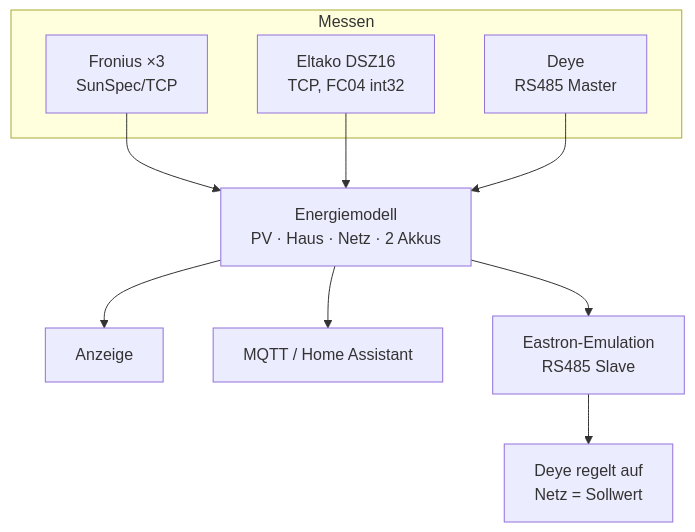
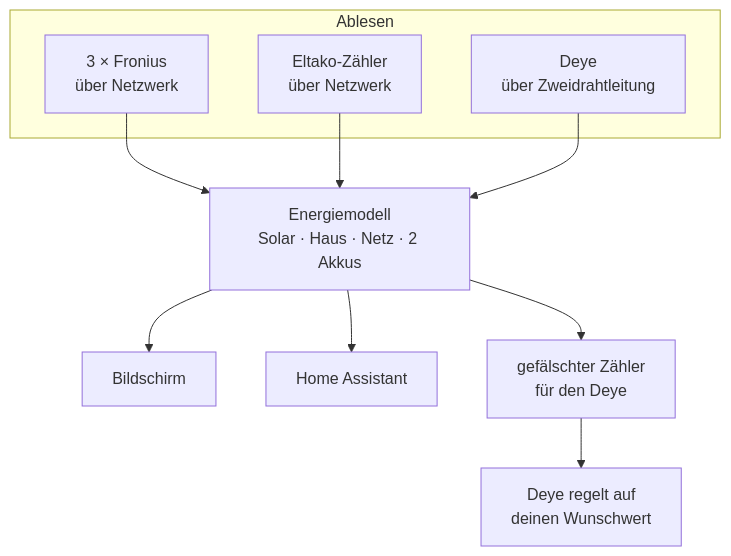
Before and after one commit to FMDHET/deye-inverter-display-esp32-p4: the diagram in wiki/Home.md, drawn with Mermaid. The commit also changed other lines of this file and 16 other files, not shown here.

````diff
--- a/wiki/Home.md
+++ b/wiki/Home.md
@@ -43,16 +79,16 @@
 ```mermaid
 flowchart TB
-    subgraph Messen
-        A["Fronius ×3<br/>SunSpec/TCP"]
-        B["Eltako DSZ16<br/>TCP, FC04 int32"]
-        C["Deye<br/>RS485 Master"]
+    subgraph Ablesen
+        A["3 × Fronius<br/>über Netzwerk"]
+        B["Eltako-Zähler<br/>über Netzwerk"]
+        C["Deye<br/>über Zweidrahtleitung"]
     end
-    M["Energiemodell<br/>PV · Haus · Netz · 2 Akkus"]
+    M["Energiemodell<br/>Solar · Haus · Netz · 2 Akkus"]
     A --> M
     B --> M
     C --> M
-    M --> D["Anzeige"]
-    M --> E["MQTT / Home Assistant"]
-    M --> F["Eastron-Emulation<br/>RS485 Slave"]
-    F --> G["Deye regelt auf<br/>Netz = Sollwert"]
+    M --> D["Bildschirm"]
+    M --> E["Home Assistant"]
+    M --> F["gefälschter Zähler<br/>für den Deye"]
+    F --> G["Deye regelt auf<br/>deinen Wunschwert"]
 ```
````
